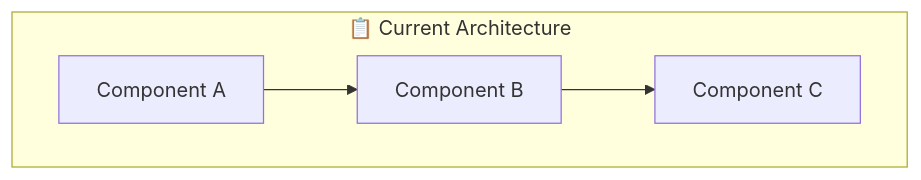
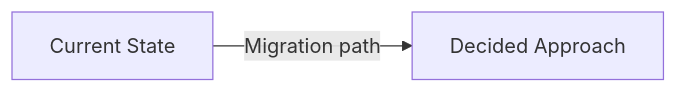
Before and after one commit to hassang371/spendsmart-dashboard: the diagram in .claude/skills/design-docs/templates/adr.md, drawn with Mermaid. The commit also changed other lines of this file and 3 other files, not shown here.

````diff
--- a/.claude/skills/design-docs/templates/adr.md
+++ b/.claude/skills/design-docs/templates/adr.md
@@ -22,7 +25,4 @@
 ```mermaid
-graph TB
-    subgraph Current["📋 Current Architecture"]
-        A[Component A] --> B[Component B]
-        B --> C[Component C]
-    end
+graph LR
+    A[Current State] -->|Migration path| B[Decided Approach]
 ```
````
